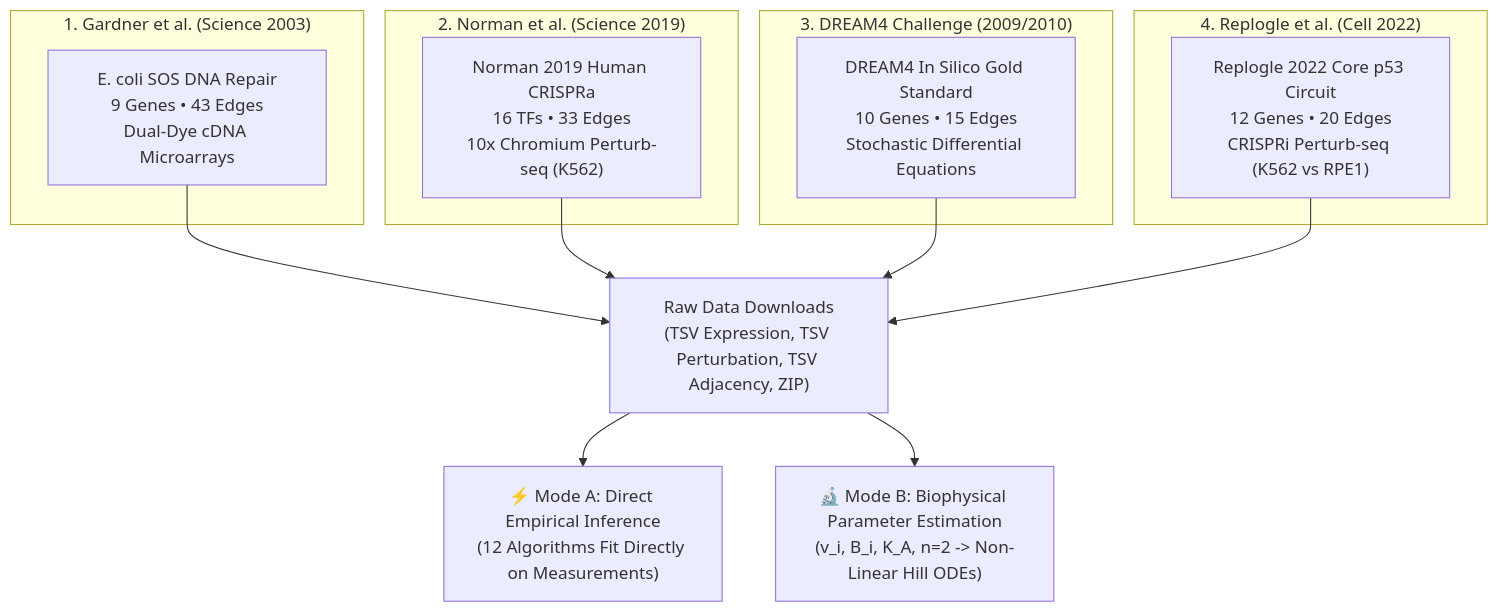
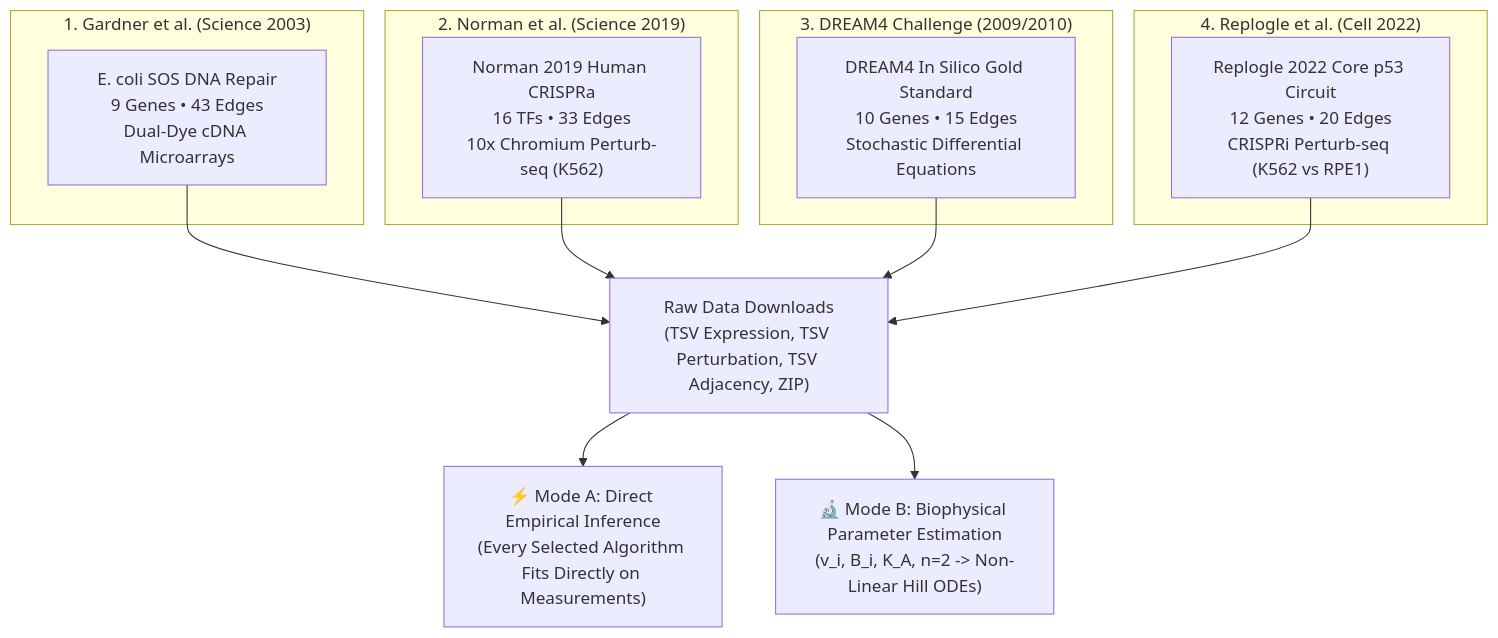
One commit to jwildenhain/gene-network-sim-inference changed the diagram in docs/REAL_WORLD_BENCHMARK_PROVENANCE_AND_USAGE.md. Above: the diagram before and after it, drawn with Mermaid. The commit also changed other lines of this file and 72 other files, not shown here.

````diff
--- a/docs/REAL_WORLD_BENCHMARK_PROVENANCE_AND_USAGE.md
+++ b/docs/REAL_WORLD_BENCHMARK_PROVENANCE_AND_USAGE.md
@@ -18,23 +18,23 @@
 ```mermaid
 flowchart TD
     subgraph S1["1. Gardner et al. (Science 2003)"]
         SOS["E. coli SOS DNA Repair<br/>9 Genes • 43 Edges<br/>Dual-Dye cDNA Microarrays"]
     end
     subgraph S2["2. Norman et al. (Science 2019)"]
         NOR["Norman 2019 Human CRISPRa<br/>16 TFs • 33 Edges<br/>10x Chromium Perturb-seq (K562)"]
     end
     subgraph S3["3. DREAM4 Challenge (2009/2010)"]
         DRM["DREAM4 In Silico Gold Standard<br/>10 Genes • 15 Edges<br/>Stochastic Differential Equations"]
     end
     subgraph S4["4. Replogle et al. (Cell 2022)"]
         REP["Replogle 2022 Core p53 Circuit<br/>12 Genes • 20 Edges<br/>CRISPRi Perturb-seq (K562 vs RPE1)"]
     end
 
     SOS --> RAW["Raw Data Downloads<br/>(TSV Expression, TSV Perturbation, TSV Adjacency, ZIP)"]
     NOR --> RAW
     DRM --> RAW
     REP --> RAW
 
-    RAW --> MODE1["⚡ Mode A: Direct Empirical Inference<br/>(12 Algorithms Fit Directly on Measurements)"]
+    RAW --> MODE1["⚡ Mode A: Direct Empirical Inference<br/>(Every Selected Algorithm Fits Directly on Measurements)"]
     RAW --> MODE2["🔬 Mode B: Biophysical Parameter Estimation<br/>(v_i, B_i, K_A, n=2 -> Non-Linear Hill ODEs)"]
 ```
````
